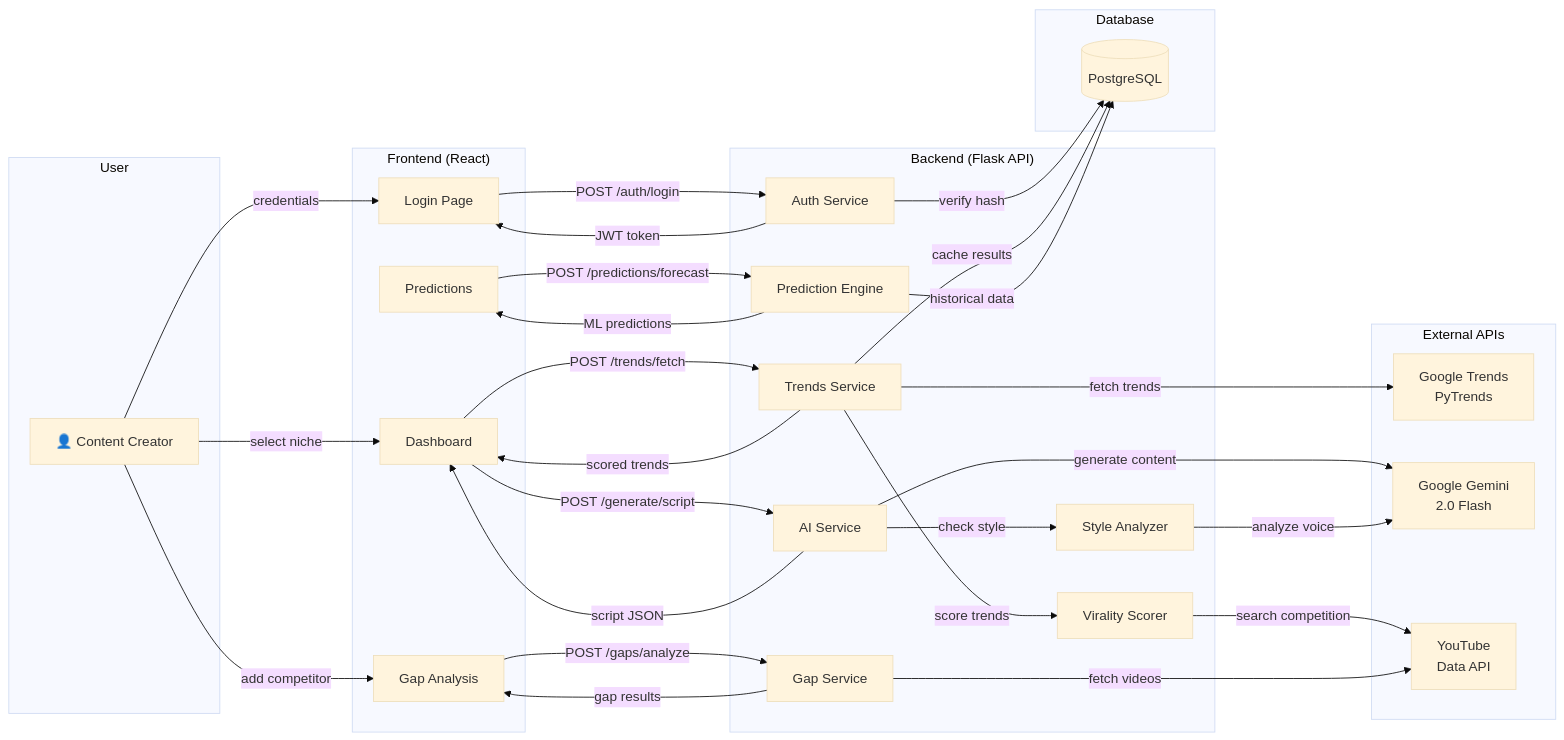
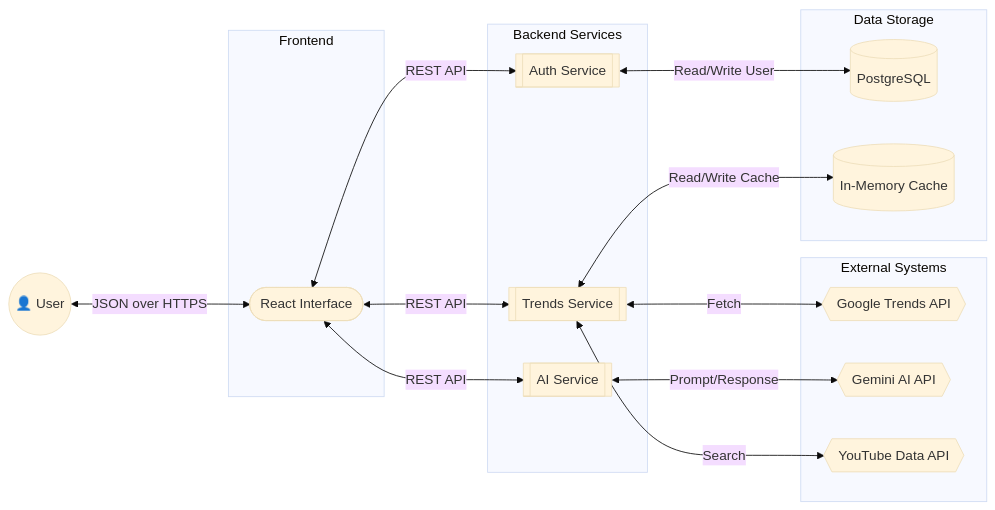
One commit to eimun/Trendora changed the first of 4 diagrams in docs/DataFlow.md. Above: the diagram before and after it, drawn with Mermaid (base theme). The commit also changed other lines of this file and 2 other files, not shown here.

Commit message:
docs: use explicit shapes for user, consumer, and data flow diagrams

````diff
--- a/docs/DataFlow.md
+++ b/docs/DataFlow.md
@@ -5,61 +7,36 @@
 ```mermaid
 flowchart LR
-    subgraph "User"
-        U[👤 Content Creator]
+    U((👤 User))
+    
+    subgraph "Frontend"
+        UI([React Interface])
     end
-
-    subgraph "Frontend (React)"
-        FE_LOGIN[Login Page]
-        FE_DASH[Dashboard]
-        FE_GAP[Gap Analysis]
-        FE_PRED[Predictions]
+    
+    subgraph "Backend Services"
+        API_AUTH[[Auth Service]]
+        API_TRENDS[[Trends Service]]
+        API_AI[[AI Service]]
     end
-
-    subgraph "Backend (Flask API)"
-        API_AUTH[Auth Service]
-        API_TRENDS[Trends Service]
-        API_AI[AI Service]
-        API_GAP[Gap Service]
-        API_VIR[Virality Scorer]
-        API_STYLE[Style Analyzer]
-        API_PRED[Prediction Engine]
+    
+    subgraph "External Systems"
+        GOOGLE{{Google Trends API}}
+        GEMINI{{Gemini AI API}}
+        YT{{YouTube Data API}}
     end
-
-    subgraph "External APIs"
-        GOOGLE[Google Trends<br/>PyTrends]
-        GEMINI[Google Gemini<br/>2.0 Flash]
-        YOUTUBE[YouTube<br/>Data API]
+    
+    subgraph "Data Storage"
+        DB[(PostgreSQL)]
+        CACHE[(In-Memory Cache)]
     end
-
-    subgraph "Database"
-        DB[(PostgreSQL)]
-    end
-
-    U -->|credentials| FE_LOGIN
-    FE_LOGIN -->|POST /auth/login| API_AUTH
-    API_AUTH -->|verify hash| DB
-    API_AUTH -->|JWT token| FE_LOGIN
-
-    U -->|select niche| FE_DASH
-    FE_DASH -->|POST /trends/fetch| API_TRENDS
-    API_TRENDS -->|fetch trends| GOOGLE
-    API_TRENDS -->|score trends| API_VIR
-    API_VIR -->|search competition| YOUTUBE
-    API_TRENDS -->|cache results| DB
-    API_TRENDS -->|scored trends| FE_DASH
-
-    FE_DASH -->|POST /generate/script| API_AI
-    API_AI -->|generate content| GEMINI
-    API_AI -->|check style| API_STYLE
-    API_STYLE -->|analyze voice| GEMINI
-    API_AI -->|script JSON| FE_DASH
-
-    U -->|add competitor| FE_GAP
-    FE_GAP -->|POST /gaps/analyze| API_GAP
-    API_GAP -->|fetch videos| YOUTUBE
-    API_GAP -->|gap results| FE_GAP
-
-    FE_PRED -->|POST /predictions/forecast| API_PRED
-    API_PRED -->|historical data| DB
-    API_PRED -->|ML predictions| FE_PRED
+    
+    U <-->|JSON over HTTPS| UI
+    UI <-->|REST API| API_AUTH
+    UI <-->|REST API| API_TRENDS
+    UI <-->|REST API| API_AI
+    
+    API_AUTH <-->|Read/Write User| DB
+    API_TRENDS <-->|Fetch| GOOGLE
+    API_TRENDS <-->|Read/Write Cache| CACHE
+    API_AI <-->|Prompt/Response| GEMINI
+    API_TRENDS <-->|Search| YT
 ```
````
